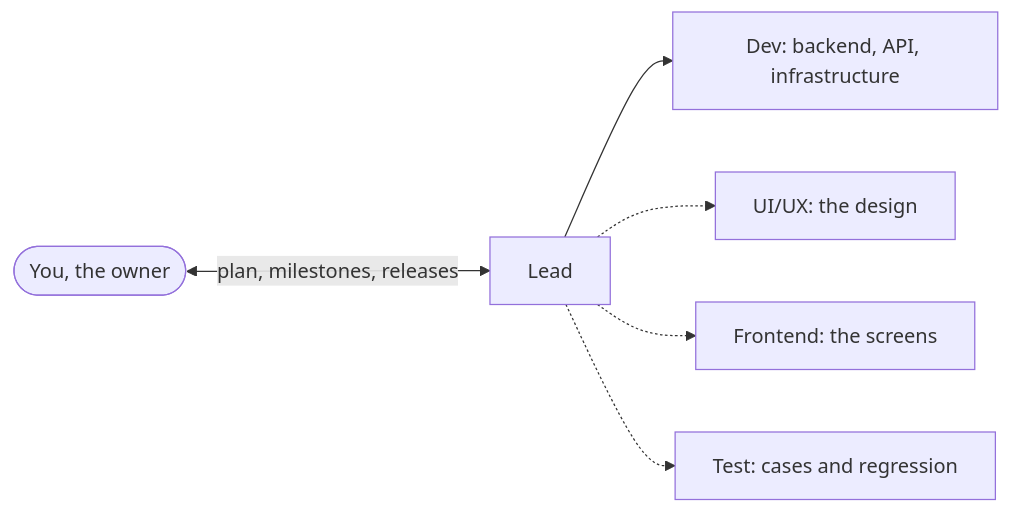
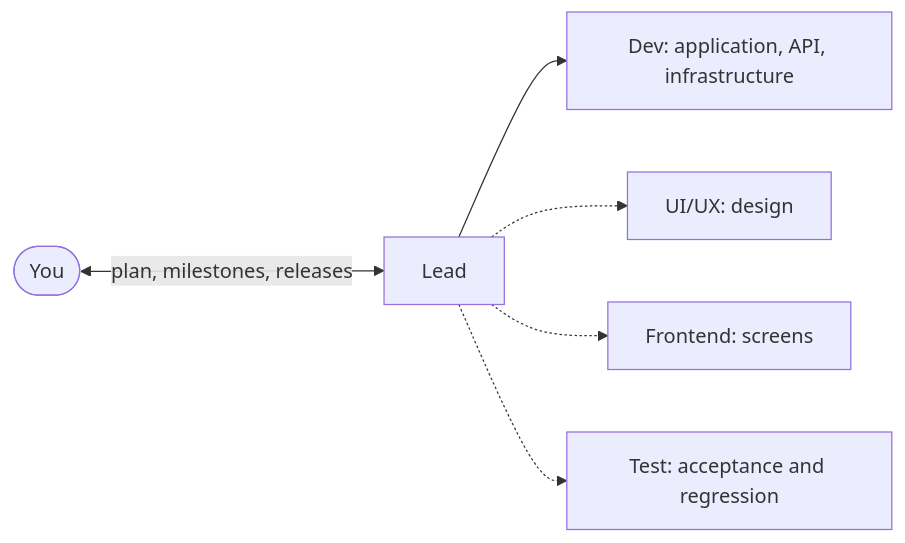
The diagram in docs/book/00-introduction.md (liquizzz/crewbook-build), drawn with Mermaid before and after one commit. The commit also changed other lines of this file and 24 other files, not shown here.

````diff
--- a/docs/book/00-introduction.md
+++ b/docs/book/00-introduction.md
@@ -46,8 +15,8 @@
 ```mermaid
 flowchart LR
-  O(["You, the owner"]) <-- "plan, milestones, releases" --> Lead["Lead"]
-  Lead --> Dev["Dev: backend, API, infrastructure"]
-  Lead -.-> UX["UI/UX: the design"]
-  Lead -.-> FE["Frontend: the screens"]
-  Lead -.-> Test["Test: cases and regression"]
+  You(["You"]) <-- "plan, milestones, releases" --> Lead
+  Lead --> Dev["Dev: application, API, infrastructure"]
+  Lead -.-> UX["UI/UX: design"]
+  Lead -.-> FE["Frontend: screens"]
+  Lead -.-> Test["Test: acceptance and regression"]
 ```
````
